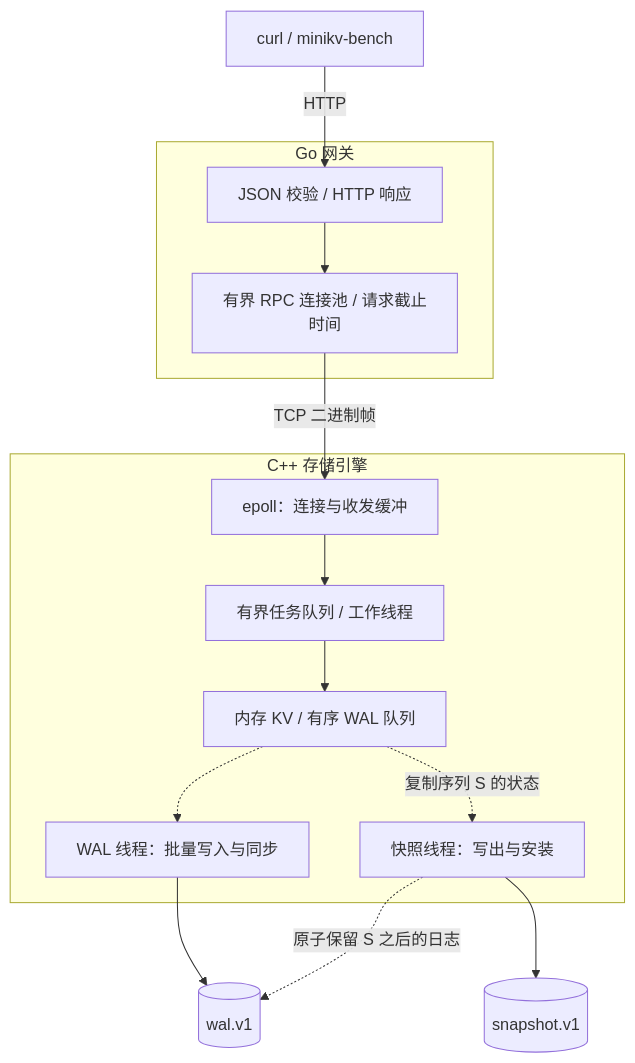
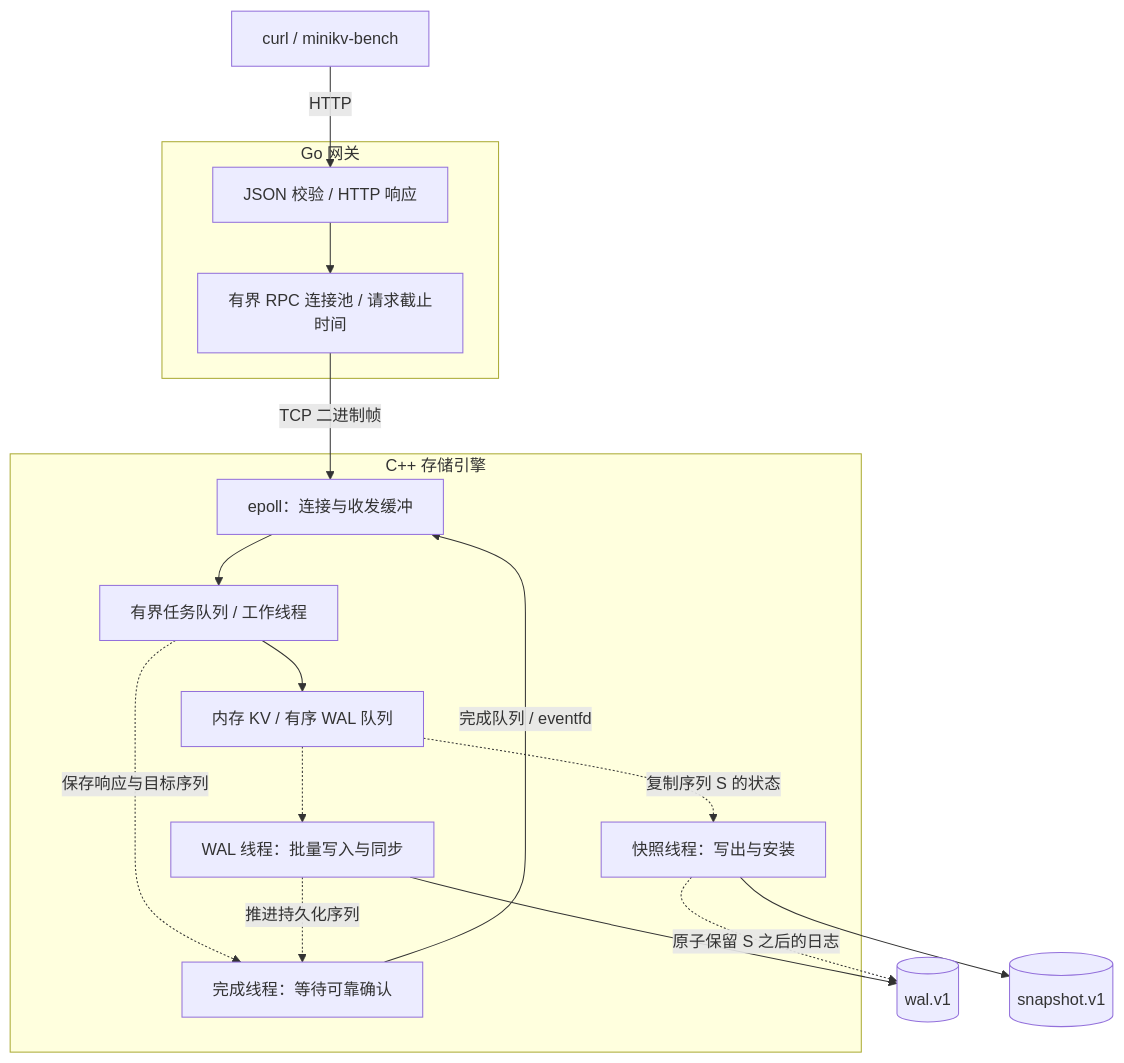
Before and after one commit to GalaxyKW/MiniKV: the diagram in README.md, drawn with Mermaid. The commit also changed other lines of this file and 12 other files, not shown here.

````diff
--- a/README.md
+++ b/README.md
@@ -100,17 +101,20 @@
 ```mermaid
 flowchart TB
     Client["curl / minikv-bench"] -->|HTTP| Gateway
     subgraph Go["Go 网关"]
         Gateway["JSON 校验 / HTTP 响应"] --> Pool["有界 RPC 连接池 / 请求截止时间"]
     end
     Pool -->|TCP 二进制帧| Reactor
     subgraph CPP["C++ 存储引擎"]
         Reactor["epoll：连接与收发缓冲"] --> Workers["有界任务队列 / 工作线程"]
         Workers --> State["内存 KV / 有序 WAL 队列"]
+        Workers -.->|保存响应与目标序列| Replies["完成线程：等待可靠确认"]
         State -.-> Flush["WAL 线程：批量写入与同步"]
         State -.->|复制序列 S 的状态| Snapshot["快照线程：写出与安装"]
+        Flush -.->|推进持久化序列| Replies
+        Replies -->|完成队列 / eventfd| Reactor
     end
     Flush --> WAL[("wal.v1")]
     Snapshot --> Image[("snapshot.v1")]
     Snapshot -.->|原子保留 S 之后的日志| WAL
 ```
````
